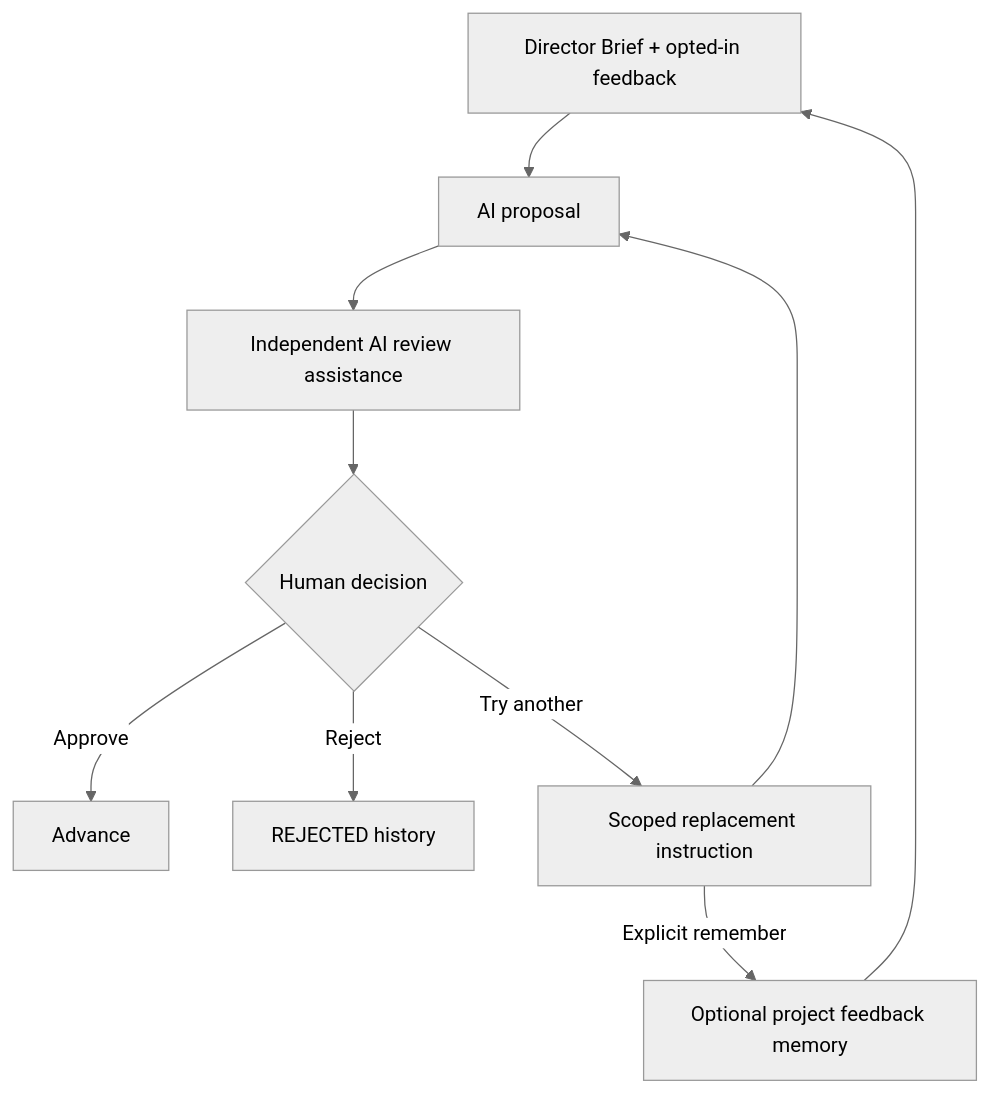
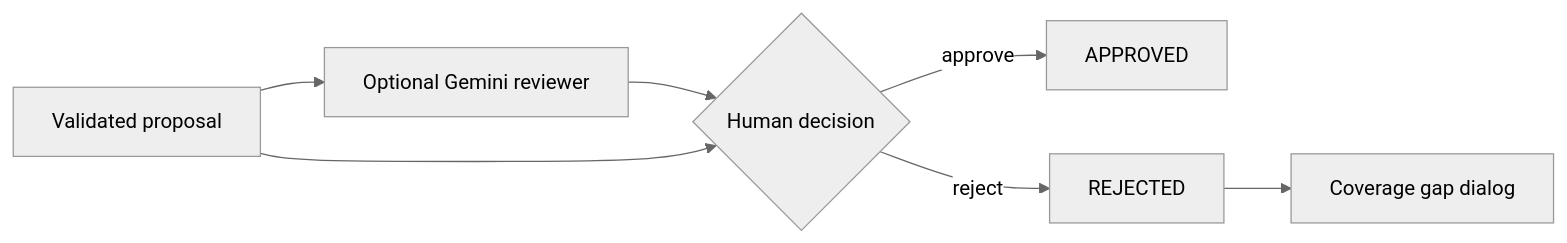
Before and after one commit to amin076/tital: the second of 3 diagrams in docs/hackathon/all-things-agentic/ARCHITECTURE.md, drawn with Mermaid (neutral theme). The commit also changed other lines of this file, not shown here.

Commit message:
docs: refresh hackathon architecture after acceptance run

````diff
--- a/docs/hackathon/all-things-agentic/ARCHITECTURE.md
+++ b/docs/hackathon/all-things-agentic/ARCHITECTURE.md
@@ -159,17 +130,14 @@
 ```mermaid
-flowchart TB
-    B[Director Brief + opted-in feedback]
-    P[AI proposal]
-    E[Independent AI review assistance]
+flowchart LR
+    P[Validated proposal]
+    AI[Optional Gemini reviewer]
     H{Human decision}
-    A[Advance]
-    R[REJECTED history]
-    S[Scoped replacement instruction]
-    M[Optional project feedback memory]
+    A[APPROVED]
+    R[REJECTED]
+    G[Coverage gap dialog]
 
-    B --> P --> E --> H
-    H -->|Approve| A
-    H -->|Reject| R
-    H -->|Try another| S --> P
-    S -->|Explicit remember| M --> B
+    P --> AI --> H
+    P --> H
+    H -->|approve| A
+    H -->|reject| R --> G
 ```
````
